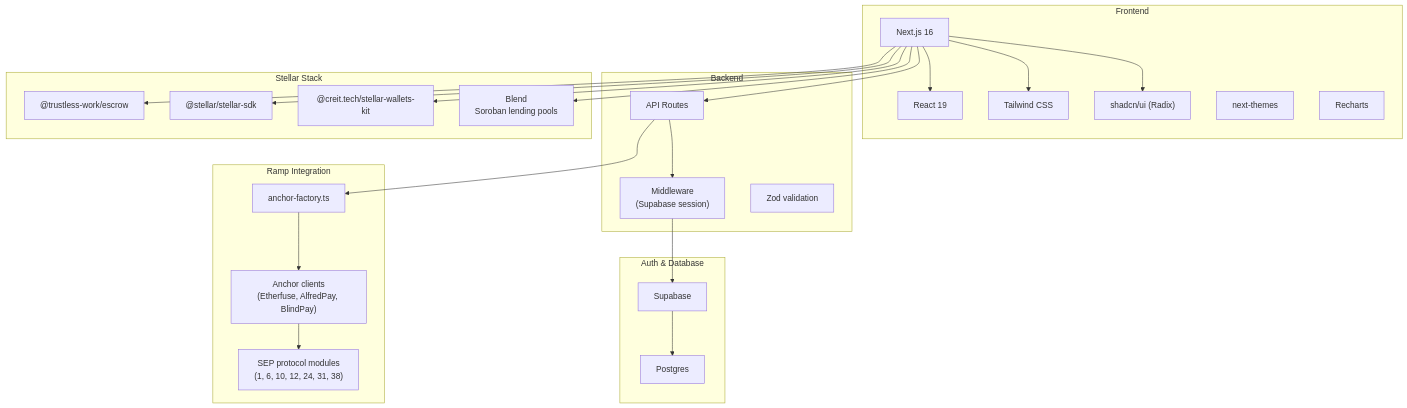
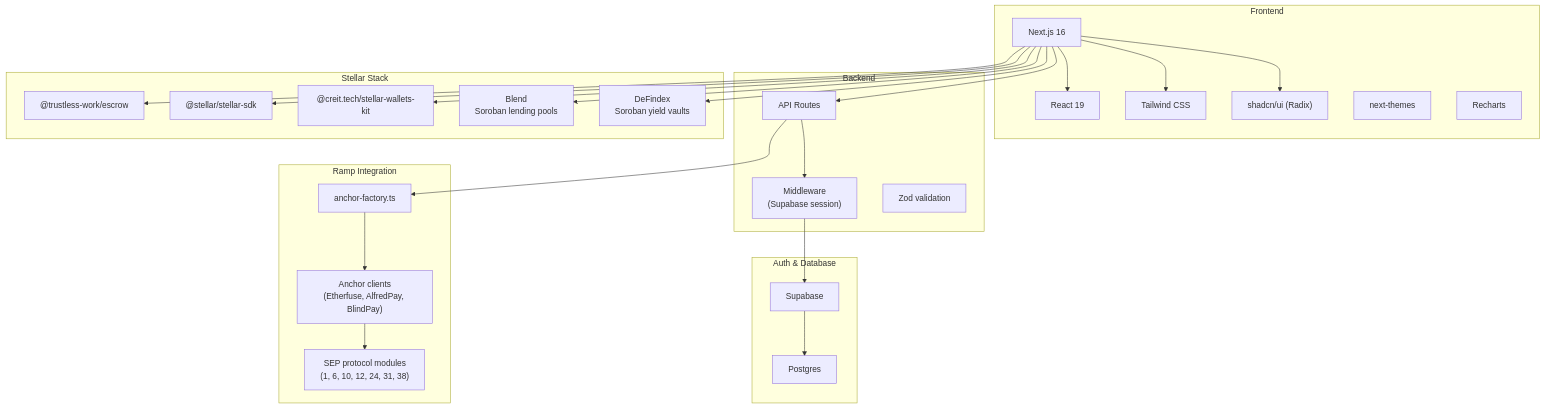
Before and after one commit to mercato-supply-chain/mercato-dapp: the fourth of 12 diagrams in doc/architecture.md, drawn with Mermaid. The commit also changed other lines of this file and 2 other files, not shown here.

````diff
--- a/doc/architecture.md
+++ b/doc/architecture.md
@@ -202,50 +205,52 @@
 ```mermaid
 flowchart TB
   subgraph Frontend["Frontend"]
     Next["Next.js 16"]
     React["React 19"]
     Tailwind["Tailwind CSS"]
     Shadcn["shadcn/ui (Radix)"]
     Themes["next-themes"]
     Recharts["Recharts"]
   end
 
   subgraph Backend["Backend"]
     NextAPI["API Routes"]
     Middleware["Middleware\n(Supabase session)"]
     Zod["Zod validation"]
   end
 
   subgraph AuthDB["Auth & Database"]
     Supabase["Supabase"]
     Postgres["Postgres"]
     Supabase --> Postgres
   end
 
   subgraph StellarStack["Stellar Stack"]
     TrustlessPkg["@trustless-work/escrow"]
     StellarSDK["@stellar/stellar-sdk"]
     WalletKit["@creit.tech/stellar-wallets-kit"]
     BlendPools["Blend\nSoroban lending pools"]
+    DeFindexVaults["DeFindex\nSoroban yield vaults"]
   end
 
   subgraph RampLib["Ramp Integration"]
     AnchorFactory["anchor-factory.ts"]
     Anchors["Anchor clients\n(Etherfuse, AlfredPay, BlindPay)"]
     SEP["SEP protocol modules\n(1, 6, 10, 12, 24, 31, 38)"]
   end
 
   Next --> React
   Next --> Tailwind
   Next --> Shadcn
   Next --> NextAPI
   NextAPI --> Middleware
   Middleware --> Supabase
   NextAPI --> AnchorFactory
   AnchorFactory --> Anchors
   Anchors --> SEP
   Next --> TrustlessPkg
   Next --> StellarSDK
   Next --> WalletKit
   Next --> BlendPools
+  Next --> DeFindexVaults
 ```
````
